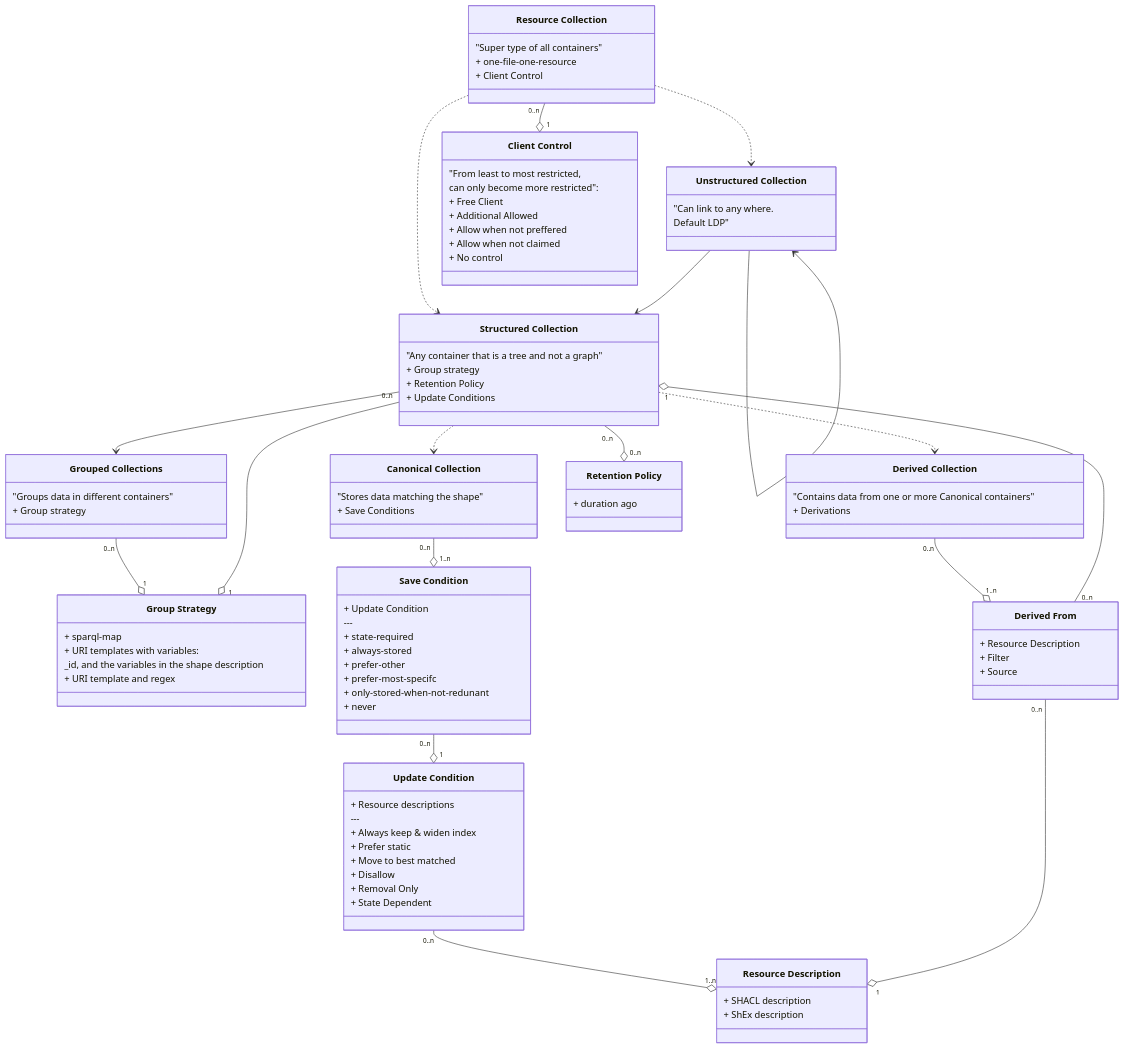
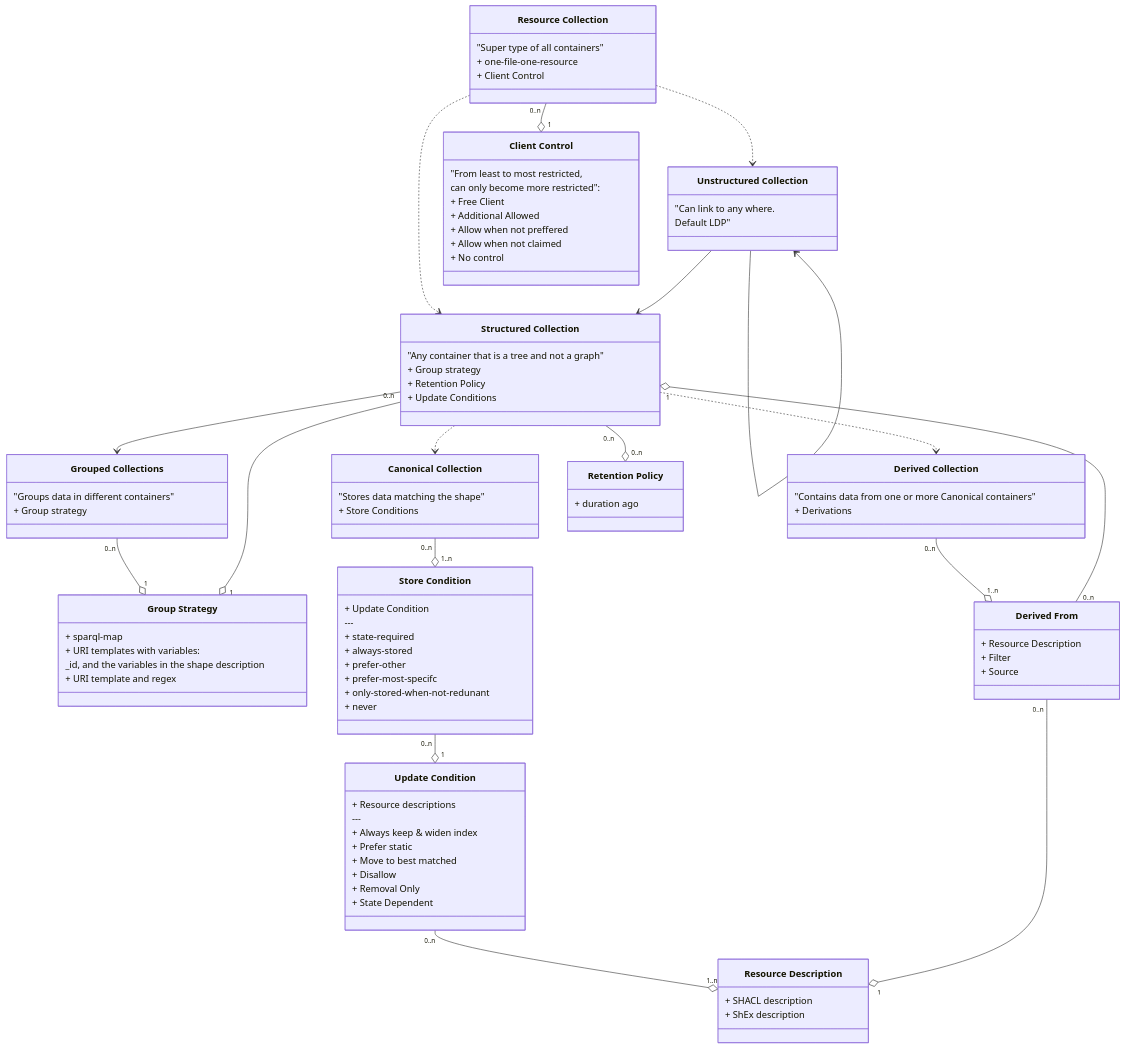
One commit to jitsedesmet/thesis changed the diagram in _papers/thesis-report/static/sgv-graph.mmd. Above: the diagram before and after it, drawn with Mermaid. The commit also changed 11 other files, not shown here.

```diff
--- a/_papers/thesis-report/static/sgv-graph.mmd
+++ b/_papers/thesis-report/static/sgv-graph.mmd
@@ -1,105 +1,105 @@
 classDiagram
   direction TB
   C ..> UC
   C ..> SC
   class C["Resource Collection"] {
     "Super type of all containers"
     + one-file-one-resource
     + Client Control
   }
 
   UC --> UC
   UC --> SC
   class UC["Unstructured Collection"] {
     "Can link to any where.
     Default LDP"
   }
 
   SC --> GC
   class GC["Grouped Collections"] {
     "Groups data in different containers"
     + Group strategy
   }
 
   GC "0..n" --o "1" GS
   class GS["Group Strategy"] {
     + sparql-map
     + URI templates with variables:
     _id, and the variables in the shape description
     + URI template and regex
   }
 
   SC ..> CC
   SC ..> DC
   SC "0..n" --o "1" GS
   DF "0..n" --o "1" SC 
   class SC["Structured Collection"] {
     "Any container that is a tree and not a graph"
     + Group strategy
     + Retention Policy
     + Update Conditions
   }
  
   class CC["Canonical Collection"] {
     "Stores data matching the shape"
-    + Save Conditions
+    + Store Conditions
   }
 
   class DC["Derived Collection"] {
     "Contains data from one or more Canonical containers"
     + Derivations
   }
 
-  CC "0..n" --o "1..n" SaveCond
-  class SaveCond["Save Condition"] {
+  CC "0..n" --o "1..n" StoreCond
+  class StoreCond["Store Condition"] {
     + Update Condition
     ---
     + state-required
     + always-stored
     + prefer-other
     + prefer-most-specifc
     + only-stored-when-not-redunant
     + never
   }
 
   UCond "0..n" --o "1..n" RD
   DF "0..n" --o "1" RD
   class RD["Resource Description"] {
     + SHACL description
     + ShEx description
   }
 
   DC "0..n" --o "1..n" DF
   class DF["Derived From"] {
     + Resource Description
     + Filter
     + Source
   }
 
   SC "0..n" --o "0..n" RP
   class RP["Retention Policy"] {
     + duration ago 
   }
 
-  SaveCond "0..n" --o "1" UCond
+  StoreCond "0..n" --o "1" UCond
   class UCond["Update Condition"] {
     + Resource descriptions
     ---
     + Always keep & widen index
     + Prefer static
     + Move to best matched
     + Disallow
     + Removal Only
     + State Dependent
   }
 
   C "0..n" --o "1" CControl
   class CControl["Client Control"] {
     "From least to most restricted,
     can only become more restricted":
     + Free Client
     + Additional Allowed
     + Allow when not preffered
     + Allow when not claimed
     + No control
   }
```
